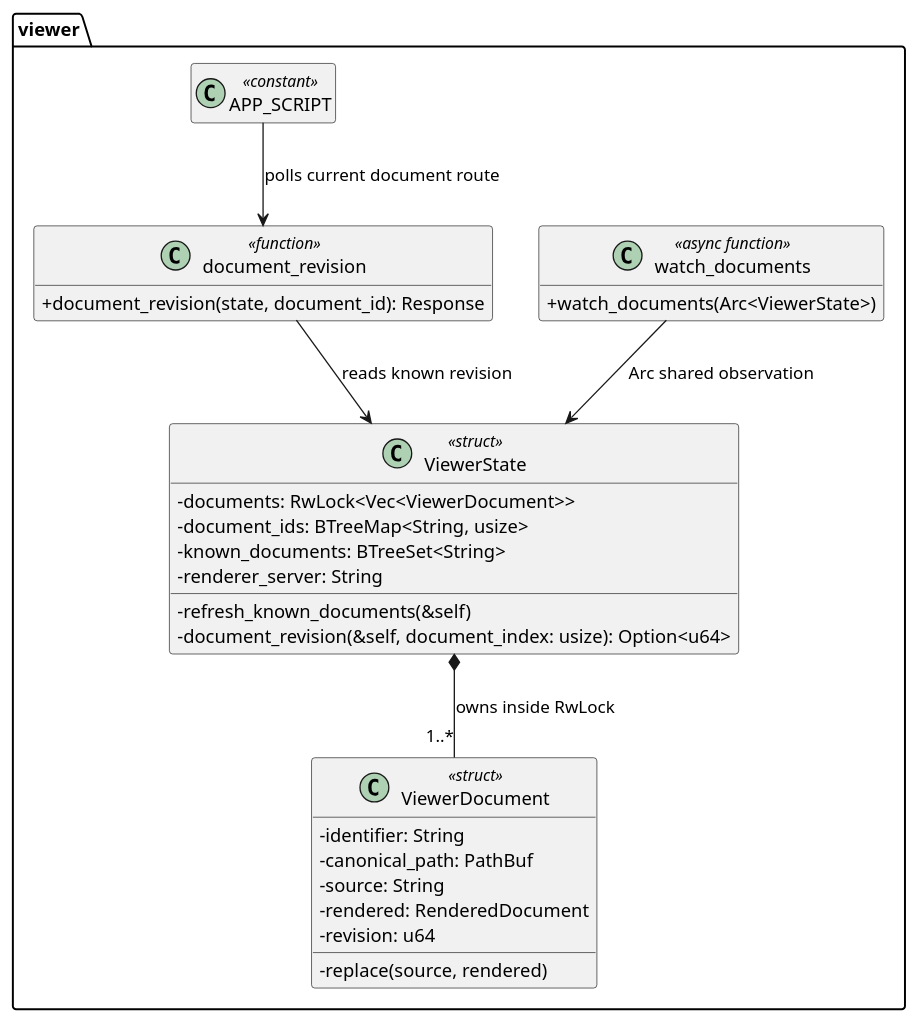
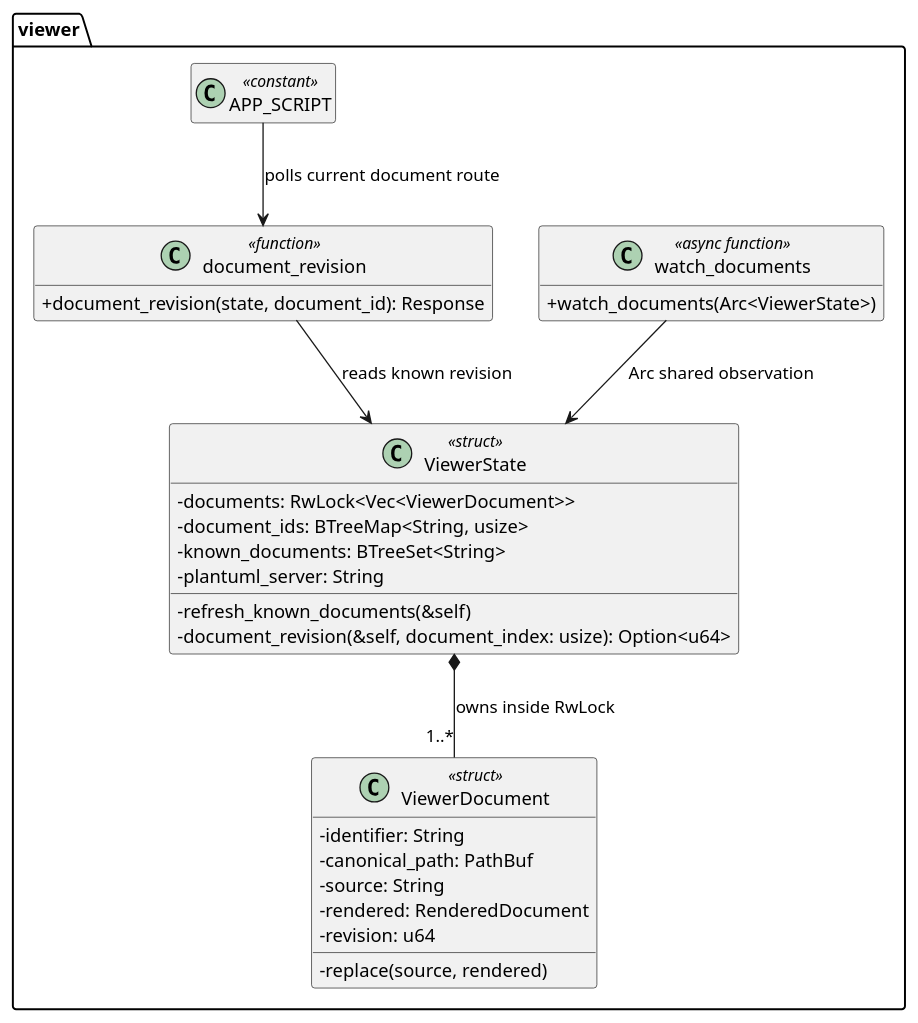
Before and after one commit to sirius-cc-wu/lens: the second of 2 diagrams in docs/features/automatic-refresh/design.md, drawn with PlantUML. The commit also changed other lines of this file and 23 other files, not shown here.

````diff
--- a/docs/features/automatic-refresh/design.md
+++ b/docs/features/automatic-refresh/design.md
@@ -90,37 +90,37 @@
 ```plantuml
 @startuml
 hide empty members
 skinparam classAttributeIconSize 0
 
 package "viewer" {
   class "ViewerState" as ViewerState <<struct>> {
     -documents: RwLock<Vec<ViewerDocument>>
     -document_ids: BTreeMap<String, usize>
     -known_documents: BTreeSet<String>
-    -renderer_server: String
+    -plantuml_server: String
     -refresh_known_documents(&self)
     -document_revision(&self, document_index: usize): Option<u64>
   }
   class "ViewerDocument" as ViewerDocument <<struct>> {
     -identifier: String
     -canonical_path: PathBuf
     -source: String
     -rendered: RenderedDocument
     -revision: u64
     -replace(source, rendered)
   }
   class "watch_documents" as Watcher <<async function>> {
     +watch_documents(Arc<ViewerState>)
   }
   class "document_revision" as Revision <<function>> {
     +document_revision(state, document_id): Response
   }
   class "APP_SCRIPT" as Script <<constant>>
 }
 
 Watcher --> ViewerState : Arc shared observation
 ViewerState *-- "1..*" ViewerDocument : owns inside RwLock
 Revision --> ViewerState : reads known revision
 Script --> Revision : polls current document route
 @enduml
 ```
````
